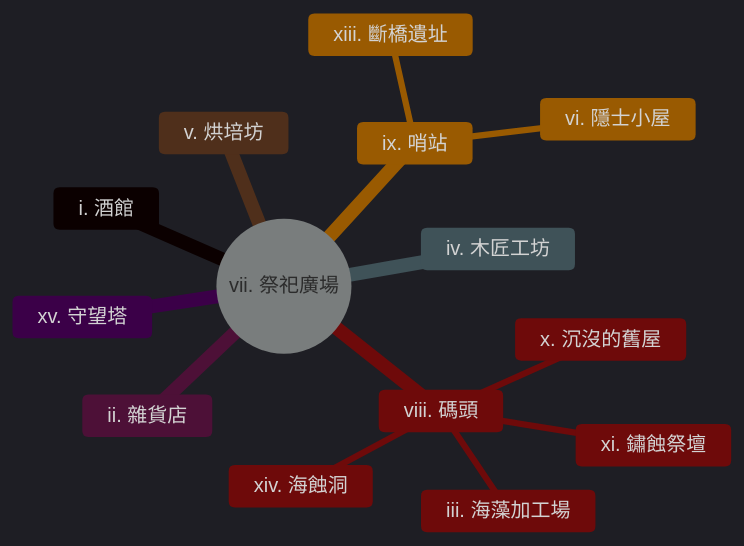
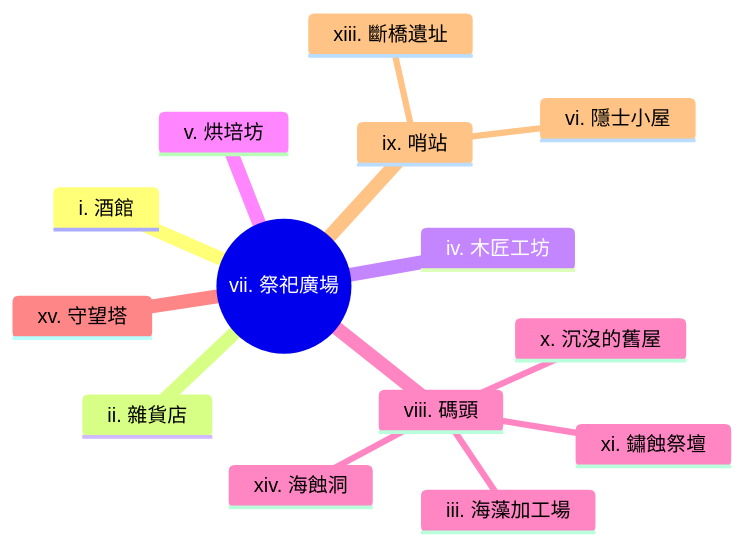
Before and after one commit to TzuoYeah/WorldBuliding: the diagram in docs/settlement/hamlet/001.藻林村.md, drawn with Mermaid. The commit also changed other lines of this file and 4 other files, not shown here.

````diff
--- a/docs/settlement/hamlet/001.藻林村.md
+++ b/docs/settlement/hamlet/001.藻林村.md
@@ -16,22 +16,18 @@
 ```mermaid
----
-config:
-  theme: dark
----
 mindmap
   root((vii. 祭祀廣場))
     i. 酒館
     ii. 雜貨店
     iv. 木匠工坊
     v. 烘培坊
     viii. 碼頭
       iii. 海藻加工場
       x. 沉沒的舊屋
       xi. 鏽蝕祭壇
       xiv. 海蝕洞
     xv. 守望塔
     ix. 哨站
       vi. 隱士小屋
       xiii. 斷橋遺址
 
 ```
````
